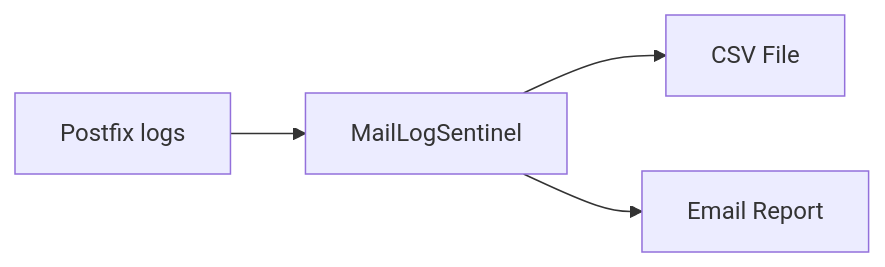
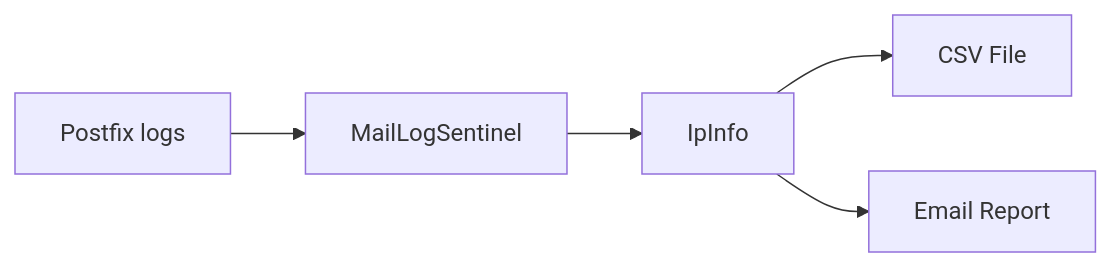
Before and after one commit to monozoide/MailLogSentinel: the diagram in README.md, drawn with Mermaid. The commit also changed other lines of this file and 6 other files, not shown here.

````diff
--- a/README.md
+++ b/README.md
@@ -81,6 +83,6 @@
 ```mermaid
 graph LR
-  A[Postfix logs] --> B[MailLogSentinel]
-  B --> C[CSV File]
-  B --> D[Email Report]
+  A[Postfix logs] --> B[MailLogSentinel] --> C[IpInfo]
+  C --> D[CSV File]
+  C --> E[Email Report]
 ```
````
